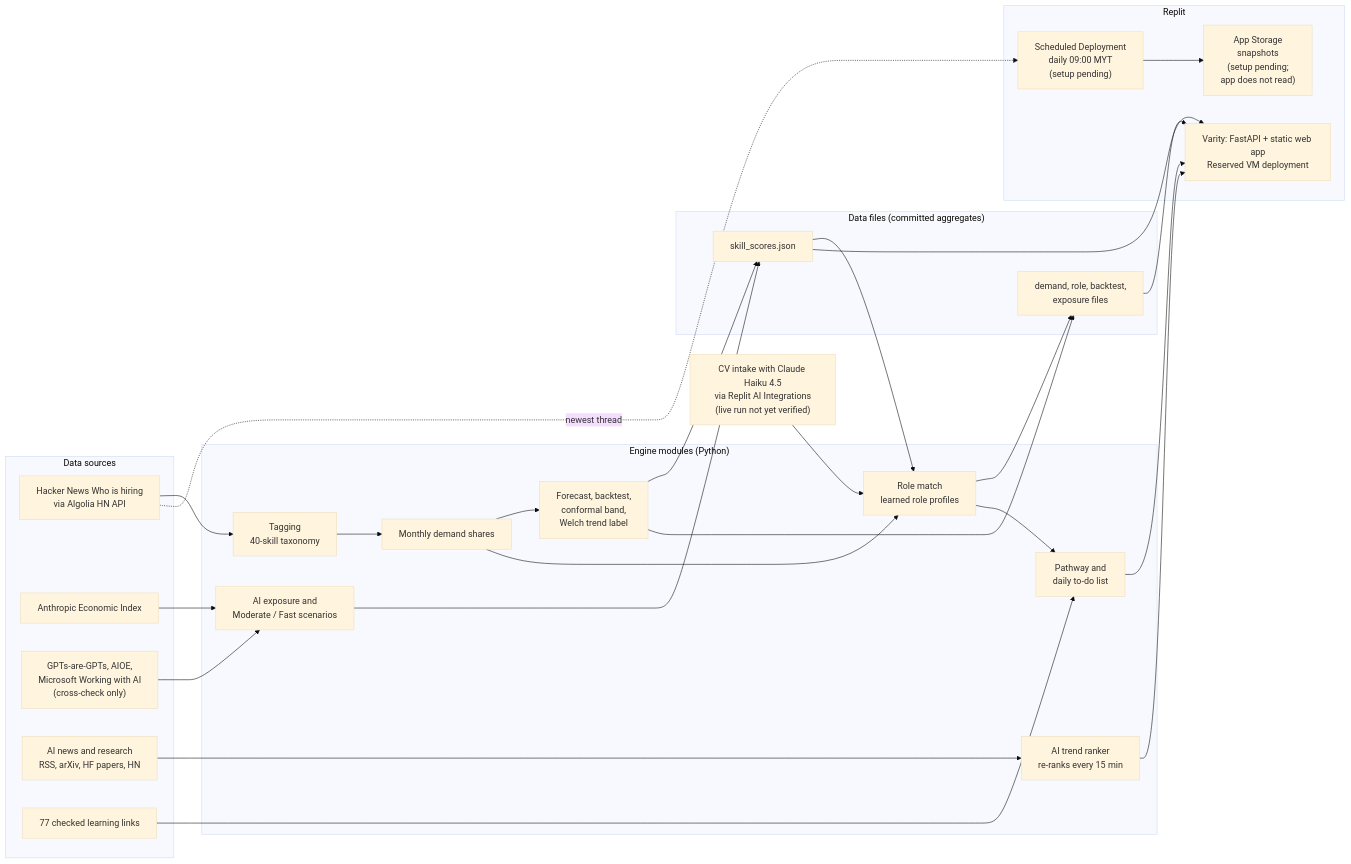
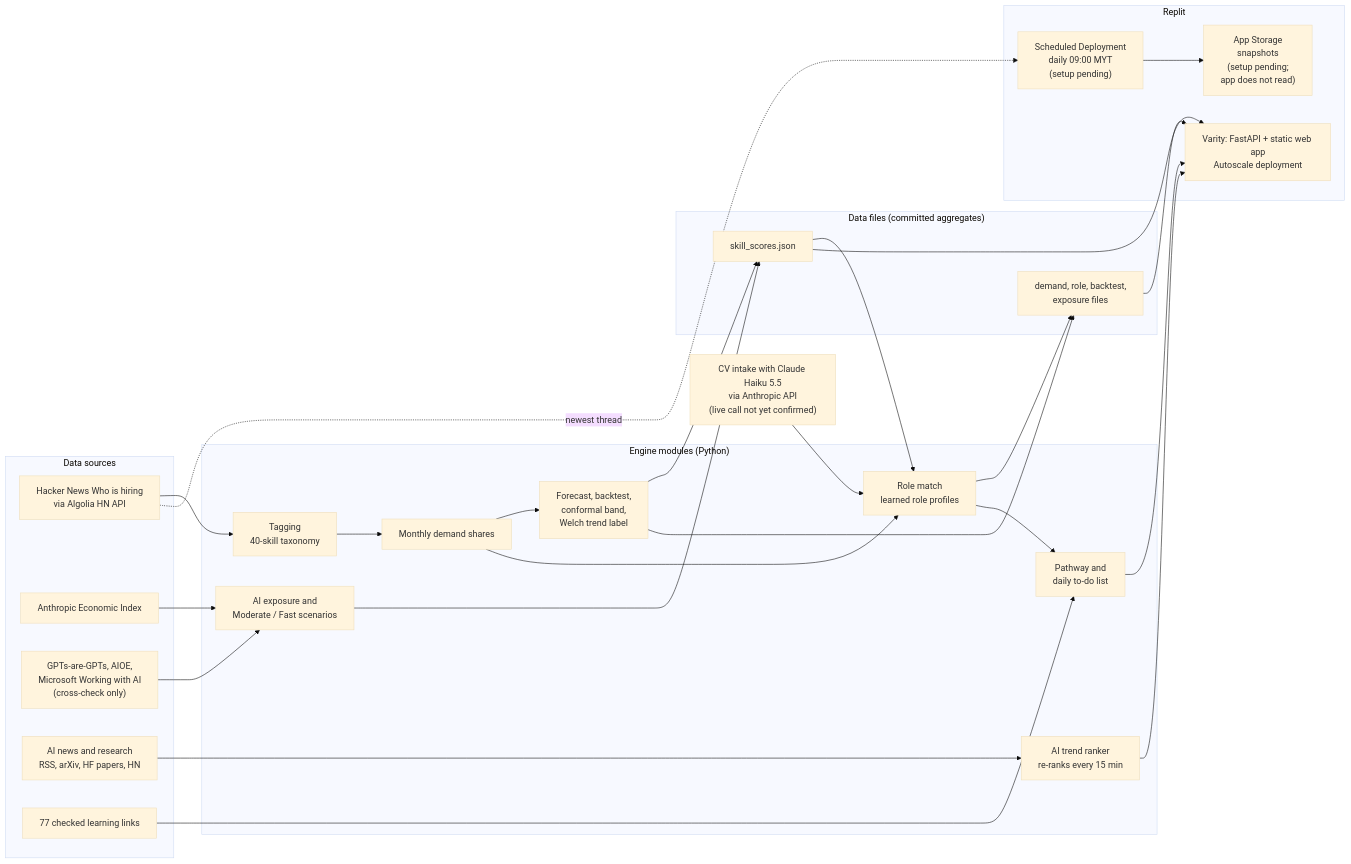
One commit to TayEeZhan/varity changed the diagram in docs/submission/preliminary-proposal.md. Above: the diagram before and after it, drawn with Mermaid (base theme). The commit also changed other lines of this file and 14 other files, not shown here.

First line of the commit message:
chore: sync Replit's security pins and post-merge script; docs for Haiku 5.5 key and Autoscale

````diff
--- a/docs/submission/preliminary-proposal.md
+++ b/docs/submission/preliminary-proposal.md
@@ -71,42 +71,42 @@
 ```mermaid
 flowchart LR
   subgraph SRC["Data sources"]
     HN["Hacker News Who is hiring<br/>via Algolia HN API"]
     AEI["Anthropic Economic Index"]
     XCHK["GPTs-are-GPTs, AIOE,<br/>Microsoft Working with AI<br/>(cross-check only)"]
     NEWS["AI news and research<br/>RSS, arXiv, HF papers, HN"]
     RES["77 checked learning links"]
   end
   subgraph ENG["Engine modules (Python)"]
     TAG["Tagging<br/>40-skill taxonomy"]
     DEM["Monthly demand shares"]
     FC["Forecast, backtest,<br/>conformal band,<br/>Welch trend label"]
     EXP["AI exposure and<br/>Moderate / Fast scenarios"]
     ROLE["Role match<br/>learned role profiles"]
     PATH["Pathway and<br/>daily to-do list"]
     RANK["AI trend ranker<br/>re-ranks every 15 min"]
   end
   subgraph FILES["Data files (committed aggregates)"]
     SCORES["skill_scores.json"]
     OTHER["demand, role, backtest,<br/>exposure files"]
   end
   subgraph REPLIT["Replit"]
-    APP["Varity: FastAPI + static web app<br/>Reserved VM deployment"]
+    APP["Varity: FastAPI + static web app<br/>Autoscale deployment"]
     STORE["App Storage<br/>snapshots<br/>(setup pending;<br/>app does not read)"]
     JOB["Scheduled Deployment<br/>daily 09:00 MYT<br/>(setup pending)"]
   end
   HN --> TAG --> DEM --> FC --> SCORES
   AEI --> EXP --> SCORES
   XCHK --> EXP
   DEM --> ROLE --> OTHER
   FC --> OTHER
   NEWS --> RANK --> APP
   RES --> PATH
   SCORES --> ROLE --> PATH
   SCORES --> APP
   OTHER --> APP
   PATH --> APP
   JOB --> STORE
   HN -. "newest thread" .-> JOB
-  CV["CV intake with Claude Haiku 4.5<br/>via Replit AI Integrations<br/>(live run not yet verified)"] --> ROLE
+  CV["CV intake with Claude Haiku 5.5<br/>via Anthropic API<br/>(live call not yet confirmed)"] --> ROLE
 ```
````
